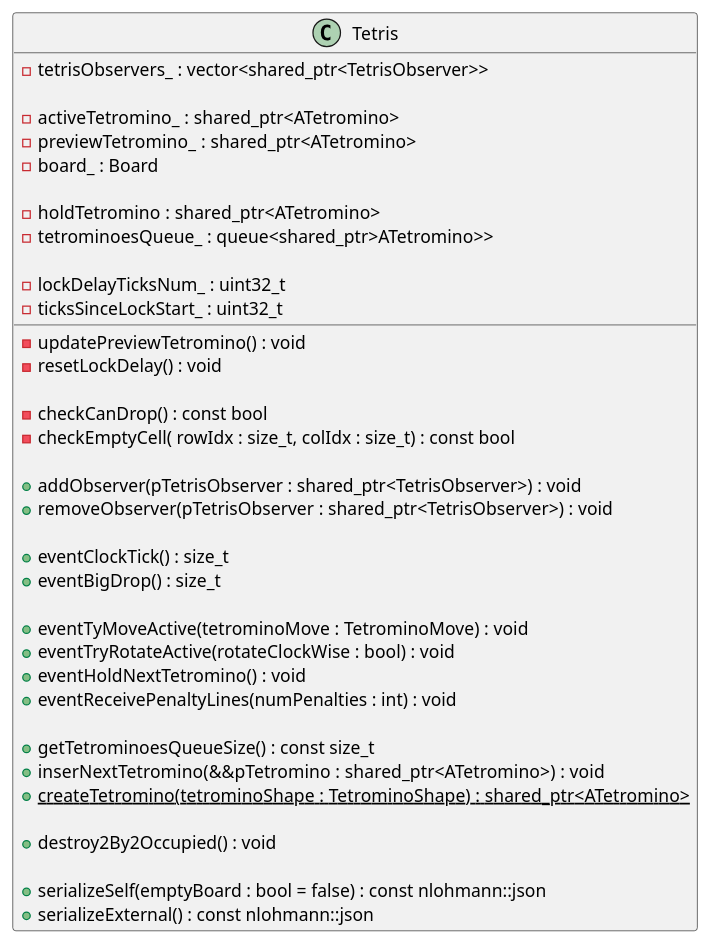
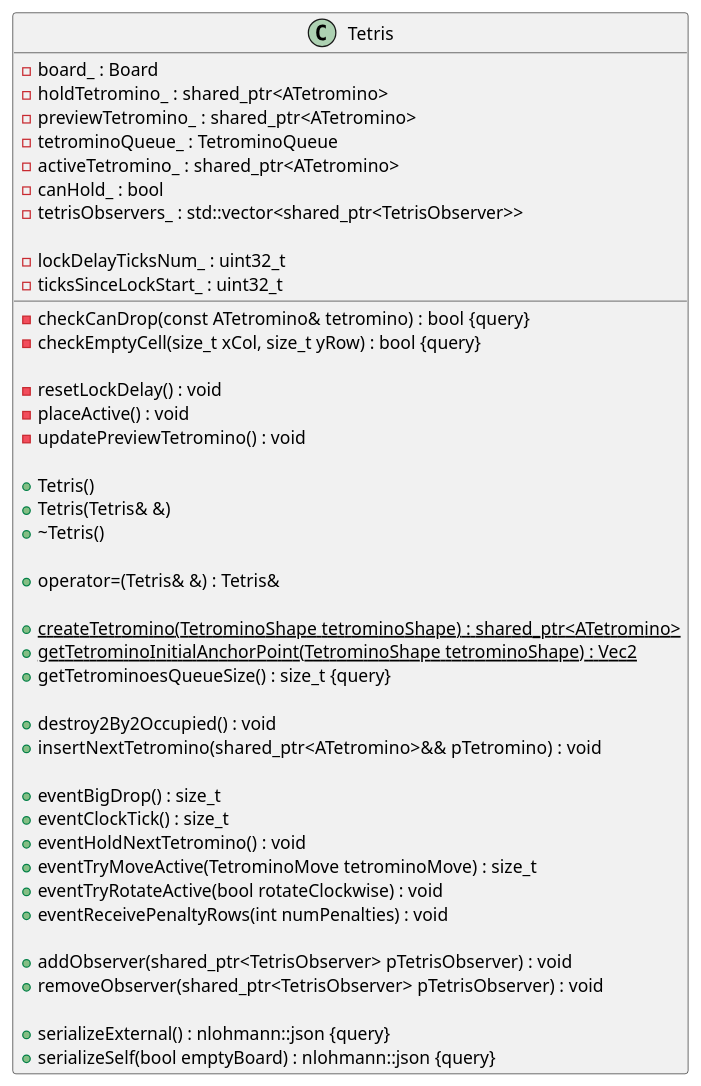
The diagram in doc/uml/class/game/tetris_lib/TetrisClass.plantuml (ulb-info2-group5/Royal-Blocks), drawn with PlantUML before and after one commit. The commit also changed 74 other files, not shown here.

```diff
--- a/doc/uml/class/game/tetris_lib/TetrisClass.plantuml
+++ b/doc/uml/class/game/tetris_lib/TetrisClass.plantuml
@@ -1,42 +1,49 @@
 @startuml (id=Tetris)
 
 class Tetris {
-    - tetrisObservers_ : vector<shared_ptr<TetrisObserver>>
+	-board_ : Board
+	-holdTetromino_ : shared_ptr<ATetromino>
+	-previewTetromino_ : shared_ptr<ATetromino>
+	-tetrominoQueue_ : TetrominoQueue
+	-activeTetromino_ : shared_ptr<ATetromino>
+	-canHold_ : bool
+	-tetrisObservers_ : std::vector<shared_ptr<TetrisObserver>>
 
-    - activeTetromino_ : shared_ptr<ATetromino>
-    - previewTetromino_ : shared_ptr<ATetromino>
-    - board_ : Board
+	-lockDelayTicksNum_ : uint32_t
+	-ticksSinceLockStart_ : uint32_t
 
-    - holdTetromino : shared_ptr<ATetromino>
-    - tetrominoesQueue_ : queue<shared_ptr>ATetromino>> 
+	-checkCanDrop(const ATetromino& tetromino) : bool {query}
+	-checkEmptyCell(size_t xCol, size_t yRow) : bool {query}
 
-    - lockDelayTicksNum_ : uint32_t 
-    - ticksSinceLockStart_ : uint32_t
+	-resetLockDelay() : void
+	-placeActive() : void
+	-updatePreviewTetromino() : void
+	
+	+Tetris()
+	+Tetris(Tetris& &)
+	+~Tetris()
 
-    - updatePreviewTetromino() : void
-    - resetLockDelay() : void
+	+operator=(Tetris& &) : Tetris&
 
-    - checkCanDrop() : const bool 
-    - checkEmptyCell( rowIdx : size_t, colIdx : size_t) : const bool
+	+{static} createTetromino(TetrominoShape tetrominoShape) : shared_ptr<ATetromino>
+	+{static} getTetrominoInitialAnchorPoint(TetrominoShape tetrominoShape) : Vec2
+	+getTetrominoesQueueSize() : size_t {query}
 
-    + addObserver(pTetrisObserver : shared_ptr<TetrisObserver>) : void
-    + removeObserver(pTetrisObserver : shared_ptr<TetrisObserver>) : void
+	+destroy2By2Occupied() : void
+	+insertNextTetromino(shared_ptr<ATetromino>&& pTetromino) : void
 
-    + eventClockTick() : size_t
-    + eventBigDrop() : size_t
+	+eventBigDrop() : size_t
+	+eventClockTick() : size_t
+	+eventHoldNextTetromino() : void
+	+eventTryMoveActive(TetrominoMove tetrominoMove) : size_t
+	+eventTryRotateActive(bool rotateClockwise) : void
+	+eventReceivePenaltyRows(int numPenalties) : void
+	
+	+addObserver(shared_ptr<TetrisObserver> pTetrisObserver) : void
+	+removeObserver(shared_ptr<TetrisObserver> pTetrisObserver) : void
 
-    + eventTyMoveActive(tetrominoMove : TetrominoMove) : void
-    + eventTryRotateActive(rotateClockWise : bool) : void
-    + eventHoldNextTetromino() : void
-    + eventReceivePenaltyLines(numPenalties : int) : void
-    
-    + getTetrominoesQueueSize() : const size_t
-    + inserNextTetromino(&&pTetromino : shared_ptr<ATetromino>) : void
-    + {static} createTetromino(tetrominoShape : TetrominoShape) : shared_ptr<ATetromino>
-    
-    + destroy2By2Occupied() : void
+	+serializeExternal() : nlohmann::json {query}
+	+serializeSelf(bool emptyBoard) : nlohmann::json {query}
+}
 
-    + serializeSelf(emptyBoard : bool = false) : const nlohmann::json
-    + serializeExternal() : const nlohmann::json
-}
 @enduml
```
